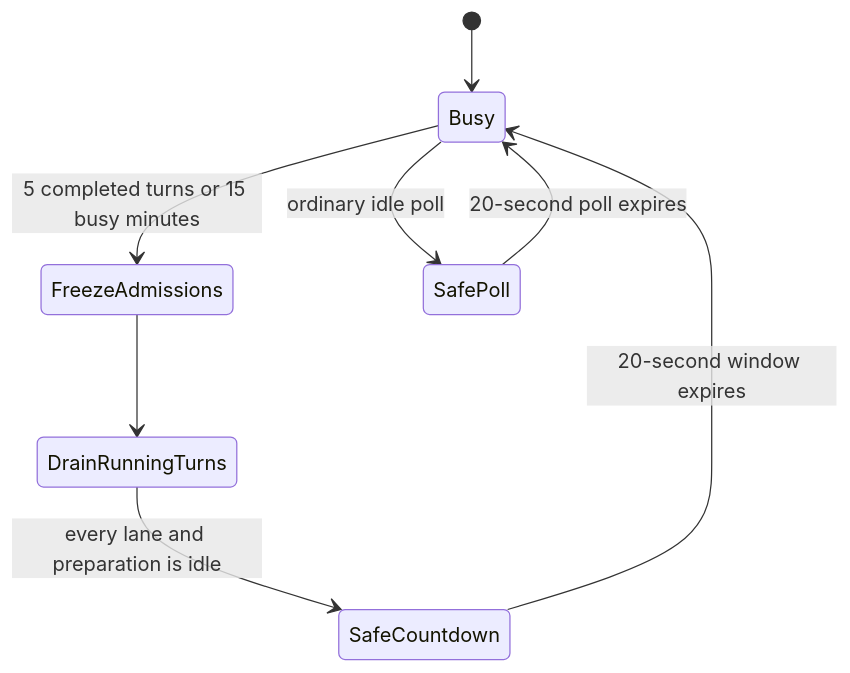
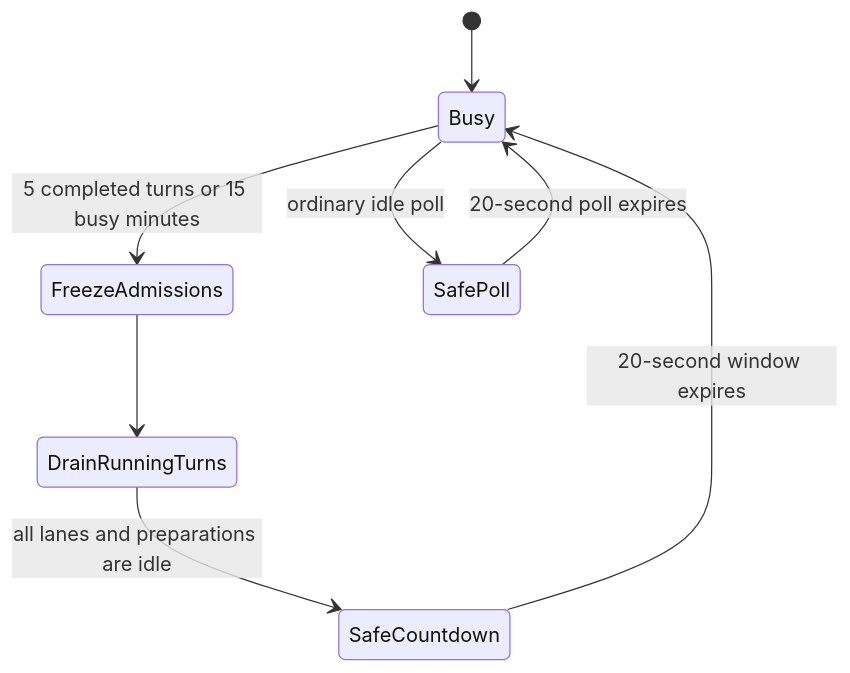
Before and after one commit to SBU-COSMOLIKE/emulators_code_v2: the fourth of 7 diagrams in notes/README.md, drawn with Mermaid. The commit also changed other lines of this file and 1 other file, not shown here.

````diff
--- a/notes/README.md
+++ b/notes/README.md
@@ -219,10 +389,10 @@
 ```mermaid
 stateDiagram-v2
   [*] --> Busy
   Busy --> FreezeAdmissions: 5 completed turns or 15 busy minutes
   FreezeAdmissions --> DrainRunningTurns
-  DrainRunningTurns --> SafeCountdown: every lane and preparation is idle
+  DrainRunningTurns --> SafeCountdown: all lanes and preparations are idle
   SafeCountdown --> Busy: 20-second window expires
   Busy --> SafePoll: ordinary idle poll
   SafePoll --> Busy: 20-second poll expires
 ```
````
